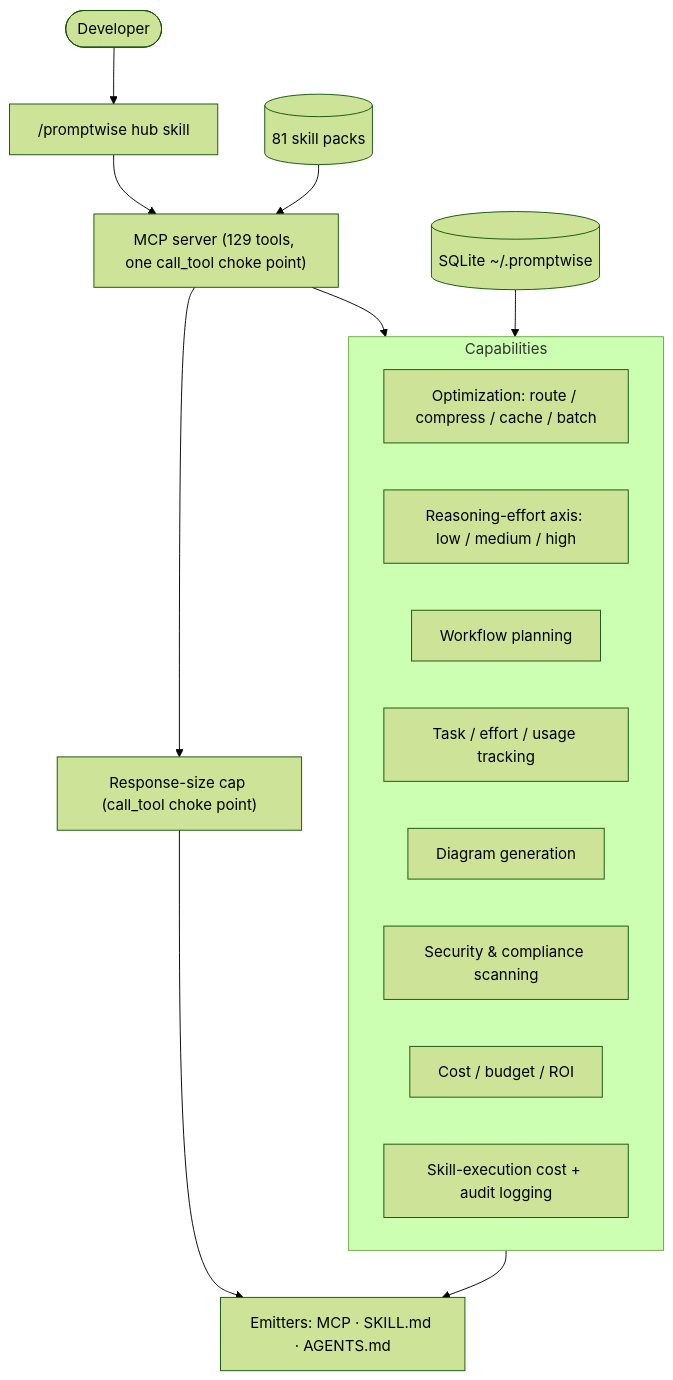
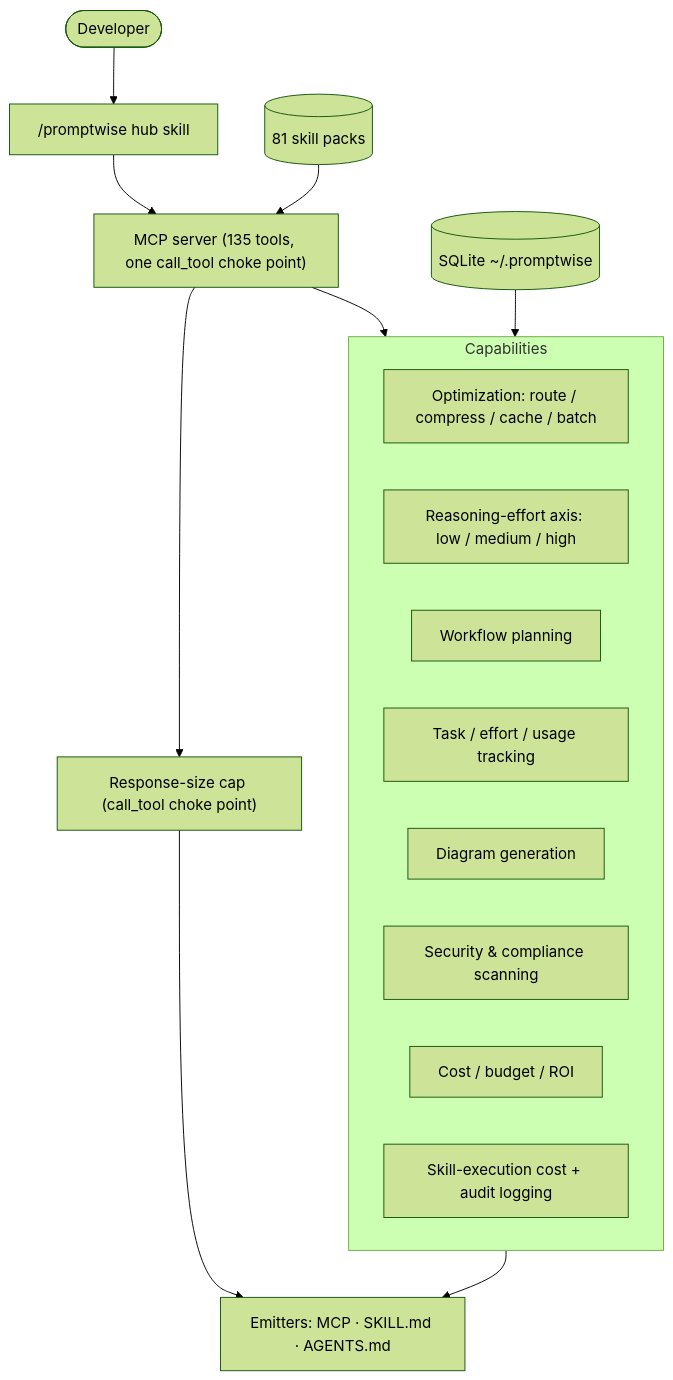
One commit to u2anilgit/PromptWise changed the first of 6 diagrams in docs/ARCHITECTURE.md. Above: the diagram before and after it, drawn with Mermaid (forest theme). The commit also changed 11 other files, not shown here.

````diff
--- a/docs/ARCHITECTURE.md
+++ b/docs/ARCHITECTURE.md
@@ -10,21 +10,21 @@
 ```mermaid
 flowchart TB
   dev([Developer]) --> hub["/promptwise hub skill"]
-  hub --> mcp["MCP server (129 tools, one call_tool choke point)"]
+  hub --> mcp["MCP server (135 tools, one call_tool choke point)"]
   subgraph Capabilities
     opt[Optimization: route / compress / cache / batch]
     effort[Reasoning-effort axis: low / medium / high]
     flow[Workflow planning]
     track[Task / effort / usage tracking]
     diag[Diagram generation]
     sec[Security & compliance scanning]
     cost[Cost / budget / ROI]
     skillaudit[Skill-execution cost + audit logging]
   end
   mcp --> Capabilities
   mcp --> cap["Response-size cap (call_tool choke point)"]
   cap --> emit["Emitters: MCP · SKILL.md · AGENTS.md"]
   Capabilities --> emit
   packs[("81 skill packs")] --> mcp
   store[("SQLite ~/.promptwise")] --> Capabilities
 ```
````
